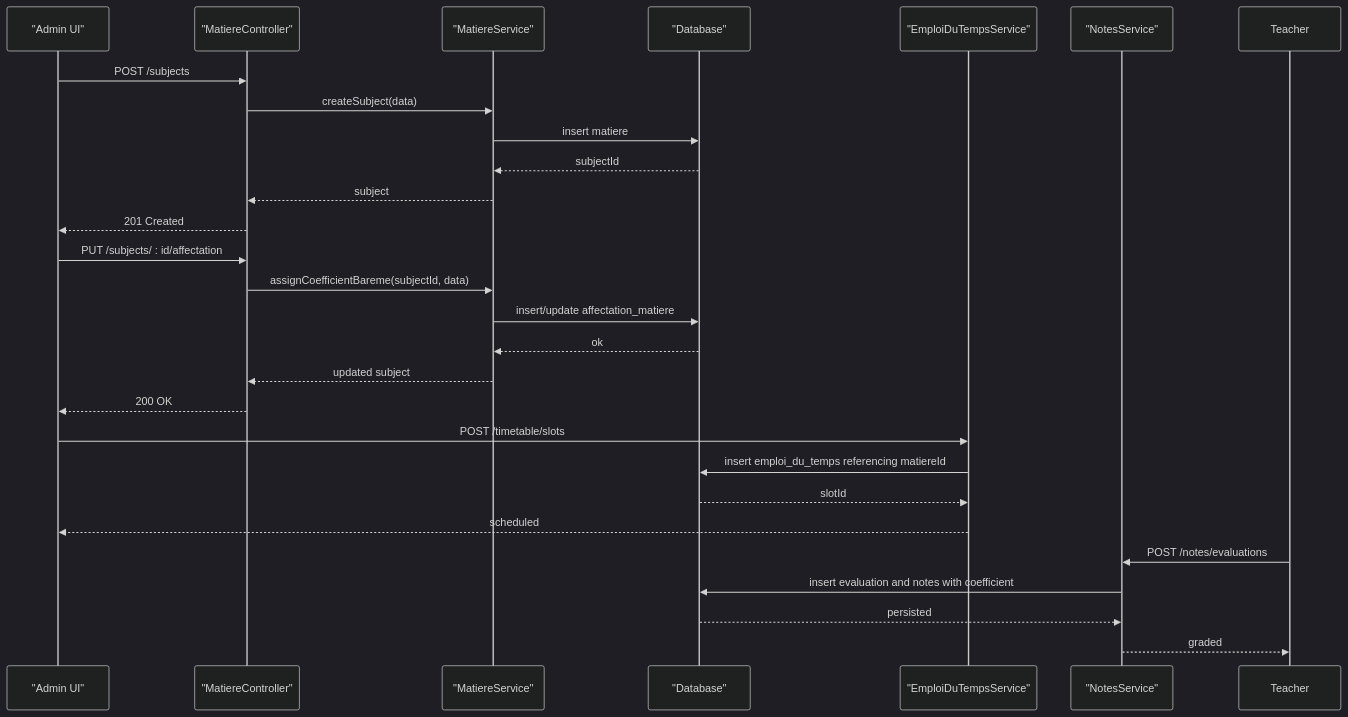
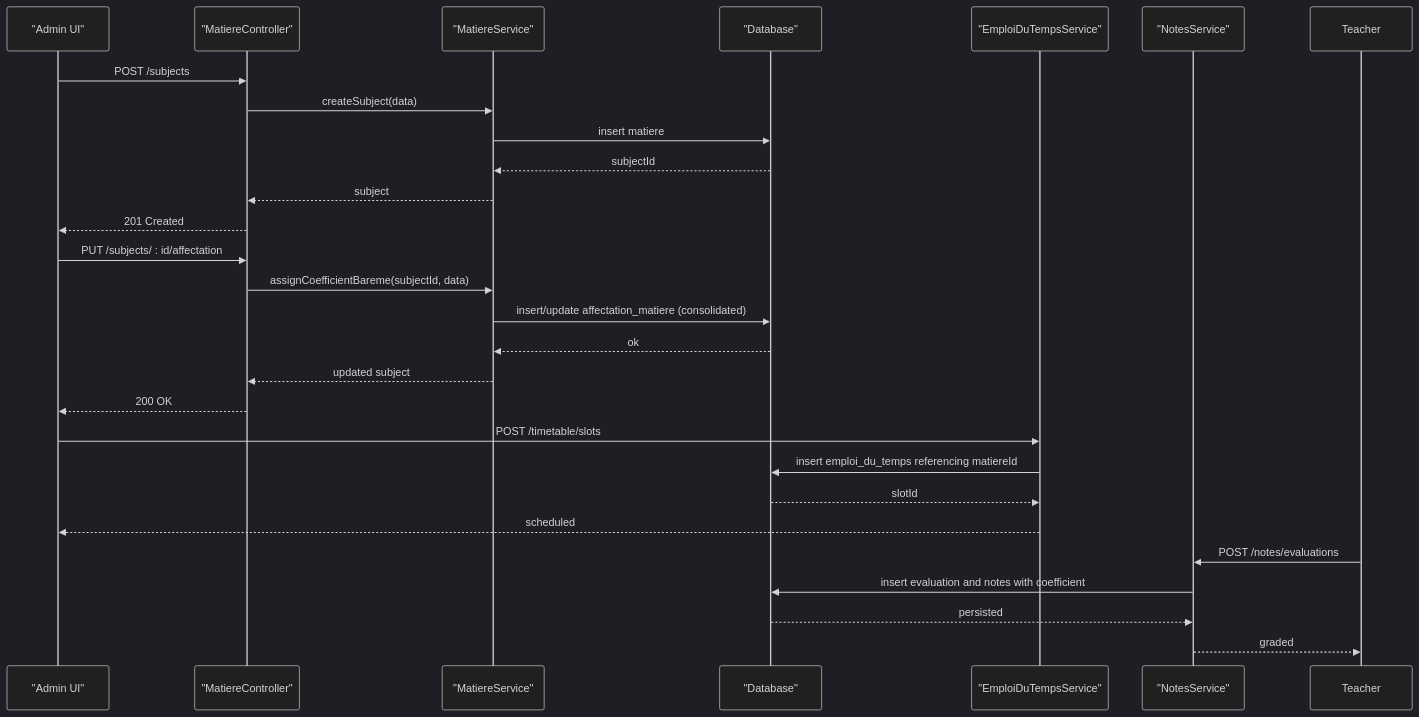
The third of 7 diagrams in .qoder/repowiki/en/content/Academic Management System/Class & Schedule Management/Subject & Curriculum Management.md (franckylab/eLISAschool), drawn with Mermaid (dark theme) before and after one commit. The commit also changed other lines of this file and 49 other files, not shown here.

````diff
--- a/.qoder/repowiki/en/content/Academic Management System/Class & Schedule Management/Subject & Curriculum Management.md
+++ b/.qoder/repowiki/en/content/Academic Management System/Class & Schedule Management/Subject & Curriculum Management.md
@@ -217,29 +225,29 @@
 ```mermaid
 sequenceDiagram
 participant Admin as "Admin UI"
 participant MatCtrl as "MatiereController"
 participant MatSvc as "MatiereService"
 participant DB as "Database"
 participant Timetable as "EmploiDuTempsService"
 participant Notes as "NotesService"
 Admin->>MatCtrl : POST /subjects
 MatCtrl->>MatSvc : createSubject(data)
 MatSvc->>DB : insert matiere
 DB-->>MatSvc : subjectId
 MatSvc-->>MatCtrl : subject
 MatCtrl-->>Admin : 201 Created
 Admin->>MatCtrl : PUT /subjects/ : id/affectation
 MatCtrl->>MatSvc : assignCoefficientBareme(subjectId, data)
-MatSvc->>DB : insert/update affectation_matiere
+MatSvc->>DB : insert/update affectation_matiere (consolidated)
 DB-->>MatSvc : ok
 MatSvc-->>MatCtrl : updated subject
 MatCtrl-->>Admin : 200 OK
 Admin->>Timetable : POST /timetable/slots
 Timetable->>DB : insert emploi_du_temps referencing matiereId
 DB-->>Timetable : slotId
 Timetable-->>Admin : scheduled
 Teacher->>Notes : POST /notes/evaluations
 Notes->>DB : insert evaluation and notes with coefficient
 DB-->>Notes : persisted
 Notes-->>Teacher : graded
 ```
````
